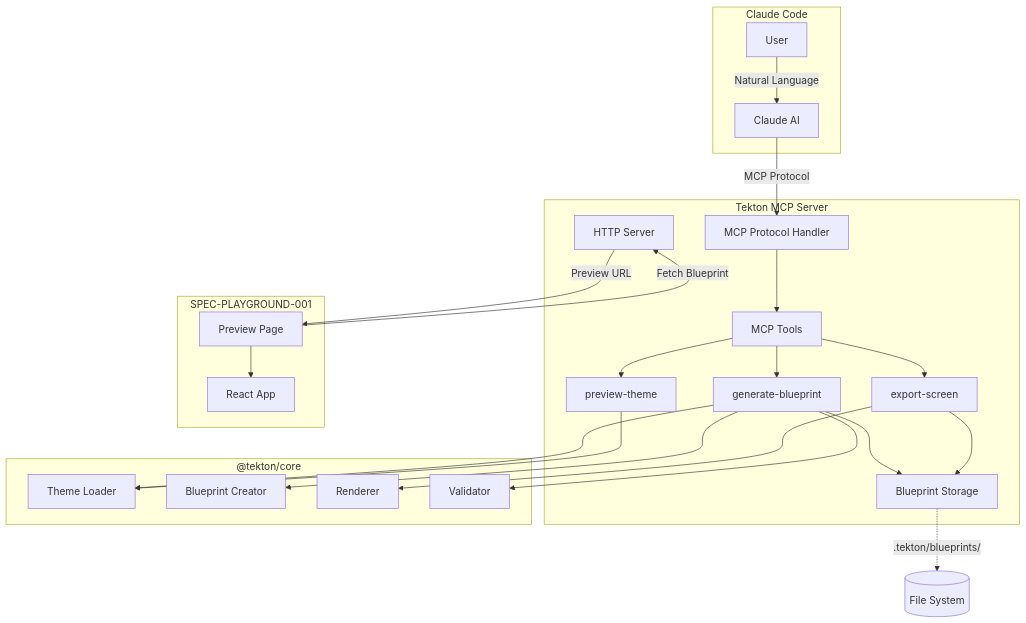
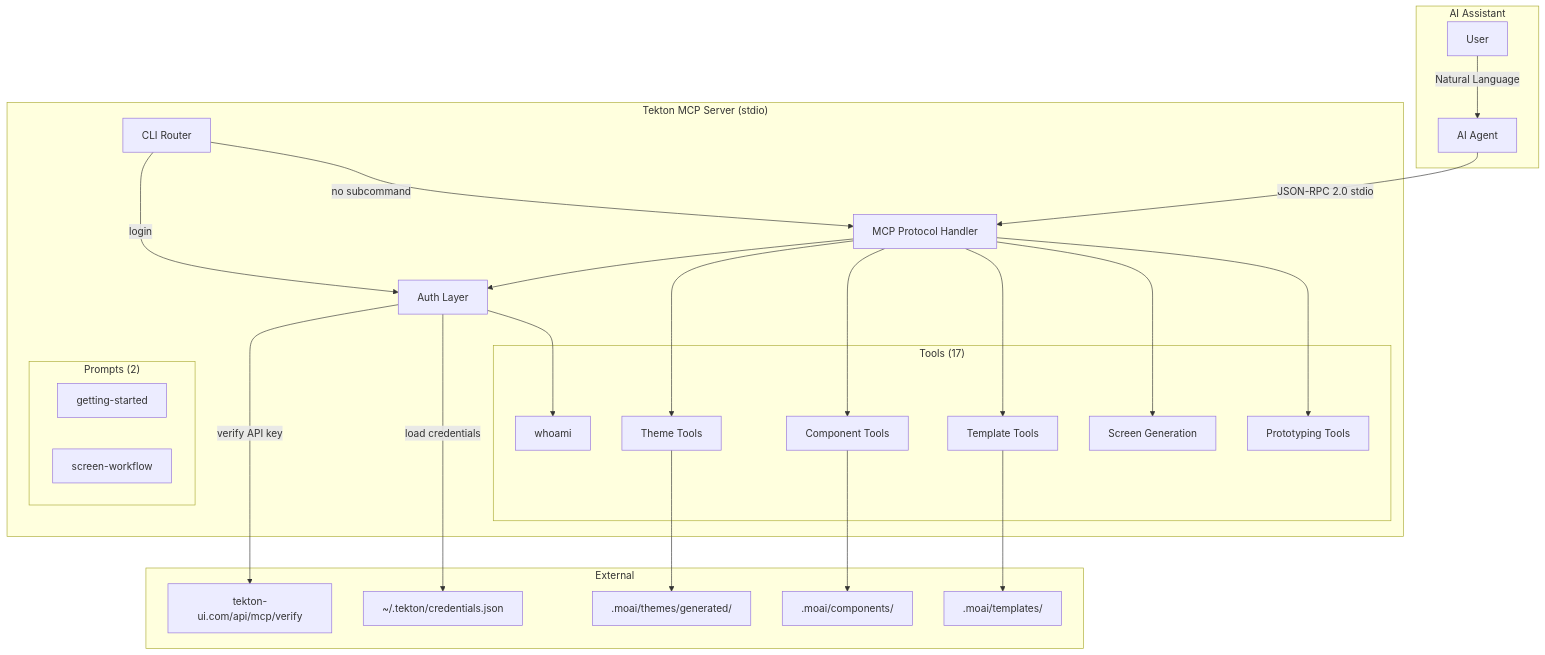
One commit to soo-kate-yeon/framingui changed the first of 4 diagrams in packages/mcp-server/docs/04-architecture.md. Above: the diagram before and after it, drawn with Mermaid. The commit also changed other lines of this file and 6 other files, not shown here.

First line of the commit message:
docs(mcp-server): rewrite all docs for v0.4.5

````diff
--- a/packages/mcp-server/docs/04-architecture.md
+++ b/packages/mcp-server/docs/04-architecture.md
@@ -44,50 +44,53 @@
 ```mermaid
 graph TB
-    subgraph "Claude Code"
+    subgraph "AI Assistant"
         User[User]
-        Claude[Claude AI]
+        AI[AI Agent]
     end
 
-    subgraph "Tekton MCP Server"
+    subgraph "Tekton MCP Server (stdio)"
+        CLI[CLI Router]
+        Auth[Auth Layer]
         MCP[MCP Protocol Handler]
-        Tools[MCP Tools]
-        HTTP[HTTP Server]
-        Storage[Blueprint Storage]
 
-        Tools --> GenBP[generate-blueprint]
-        Tools --> PrevTheme[preview-theme]
-        Tools --> ExportScr[export-screen]
+        subgraph "Tools (17)"
+            Whoami[whoami]
+            ThemeTools[Theme Tools]
+            ComponentTools[Component Tools]
+            TemplateTools[Template Tools]
+            ScreenTools[Screen Generation]
+            ProtoTools[Prototyping Tools]
+        end
+
+        subgraph "Prompts (2)"
+            P1[getting-started]
+            P2[screen-workflow]
+        end
     end
 
-    subgraph "@tekton/core"
-        ThemeLoader[Theme Loader]
-        BPCreator[Blueprint Creator]
-        Renderer[Renderer]
-        Validator[Validator]
+    subgraph "External"
+        TektonAPI[tekton-ui.com/api/mcp/verify]
+        Credentials[~/.tekton/credentials.json]
+        ThemeFiles[.moai/themes/generated/]
+        ComponentFiles[.moai/components/]
+        TemplateFiles[.moai/templates/]
     end
 
-    subgraph "SPEC-PLAYGROUND-001"
-        Preview[Preview Page]
-        ReactApp[React App]
-    end
+    User -->|Natural Language| AI
+    AI -->|JSON-RPC 2.0 stdio| MCP
+    MCP --> Auth
+    Auth -->|verify API key| TektonAPI
+    Auth -->|load credentials| Credentials
+    Auth --> Whoami
+    MCP --> ThemeTools
+    MCP --> ComponentTools
+    MCP --> TemplateTools
+    MCP --> ScreenTools
+    MCP --> ProtoTools
+    ThemeTools --> ThemeFiles
+    ComponentTools --> ComponentFiles
+    TemplateTools --> TemplateFiles
 
-    User -->|Natural Language| Claude
-    Claude -->|MCP Protocol| MCP
-    MCP --> Tools
-
-    GenBP --> ThemeLoader
-    GenBP --> BPCreator
-    GenBP --> Validator
-    GenBP --> Storage
-
-    PrevTheme --> ThemeLoader
-
-    ExportScr --> Renderer
-    ExportScr --> Storage
-
-    HTTP -->|Preview URL| Preview
-    Preview -->|Fetch Blueprint| HTTP
-    Preview --> ReactApp
-
-    Storage -.->|.tekton/blueprints/| FileSystem[(File System)]
+    CLI -->|login| Auth
+    CLI -->|no subcommand| MCP
 ```
````
